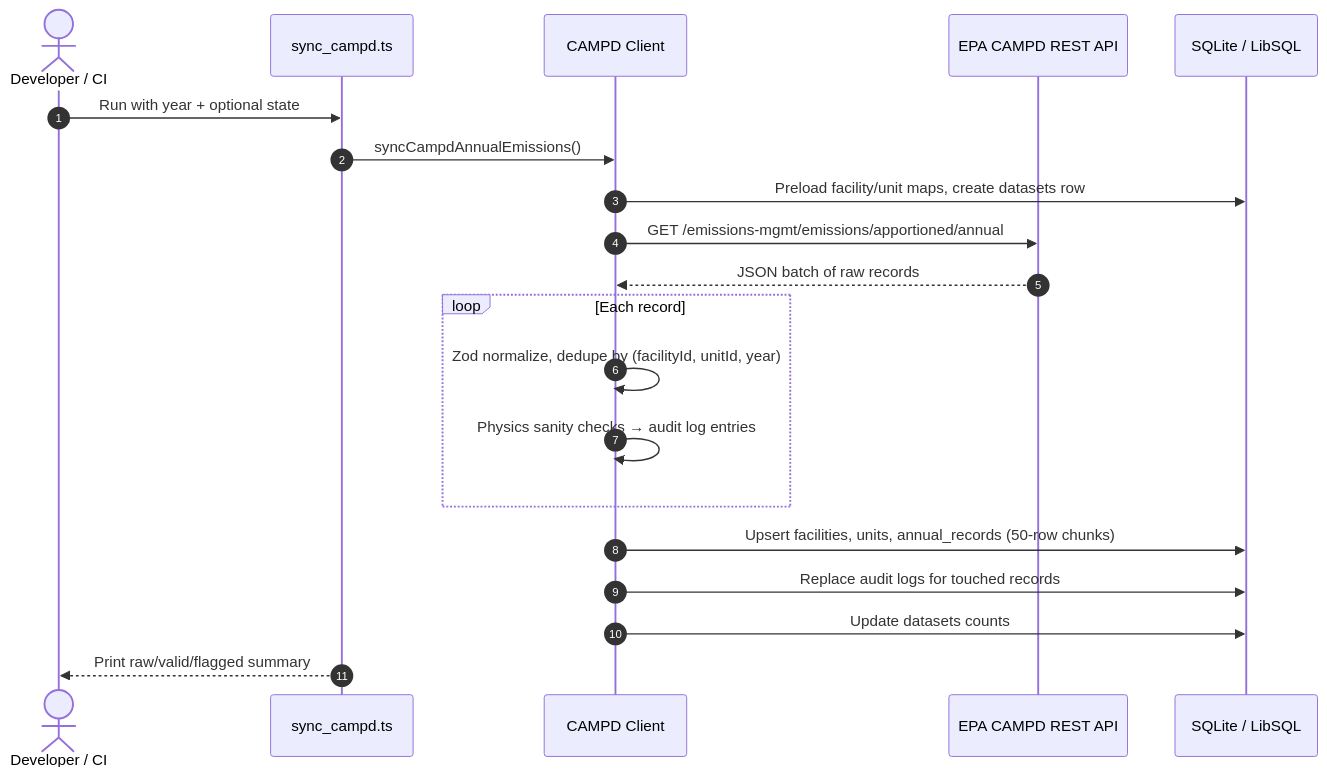
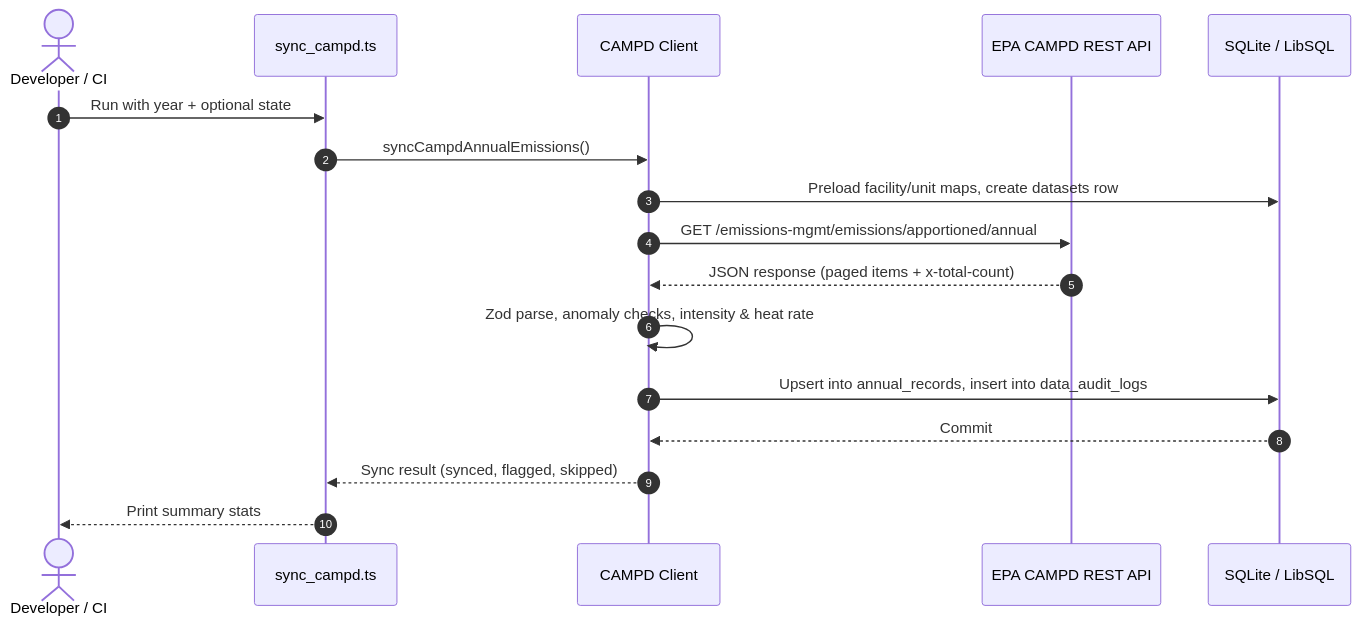
The fourth of 4 diagrams in DATABASE_BREAKDOWN.md (raajbanga/cs396-project), drawn with Mermaid before and after one commit. The commit also changed other lines of this file and 11 other files, not shown here.

First line of the commit message:
Granular Time Data/ER Diagram Changes

````diff
--- a/DATABASE_BREAKDOWN.md
+++ b/DATABASE_BREAKDOWN.md
@@ -369,23 +449,20 @@
 ```mermaid
 sequenceDiagram
     autonumber
     actor Dev as Developer / CI
     participant Script as sync_campd.ts
     participant Client as CAMPD Client
     participant EPA as EPA CAMPD REST API
     participant DB as SQLite / LibSQL
 
     Dev->>Script: Run with year + optional state
     Script->>Client: syncCampdAnnualEmissions()
     Client->>DB: Preload facility/unit maps, create datasets row
     Client->>EPA: GET /emissions-mgmt/emissions/apportioned/annual
-    EPA-->>Client: JSON batch of raw records
-    loop Each record
-        Client->>Client: Zod normalize, dedupe by (facilityId, unitId, year)
-        Client->>Client: Physics sanity checks → audit log entries
-    end
-    Client->>DB: Upsert facilities, units, annual_records (50-row chunks)
-    Client->>DB: Replace audit logs for touched records
-    Client->>DB: Update datasets counts
-    Script-->>Dev: Print raw/valid/flagged summary
+    EPA-->>Client: JSON response (paged items + x-total-count)
+    Client->>Client: Zod parse, anomaly checks, intensity & heat rate
+    Client->>DB: Upsert into annual_records, insert into data_audit_logs
+    DB-->>Client: Commit
+    Client-->>Script: Sync result (synced, flagged, skipped)
+    Script-->>Dev: Print summary stats
 ```
````
